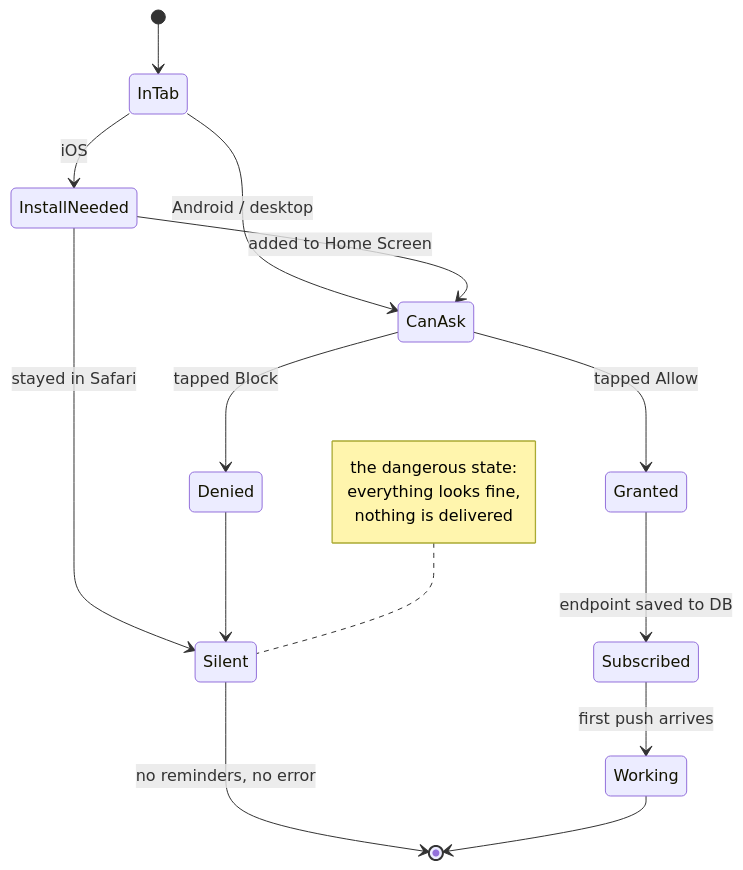
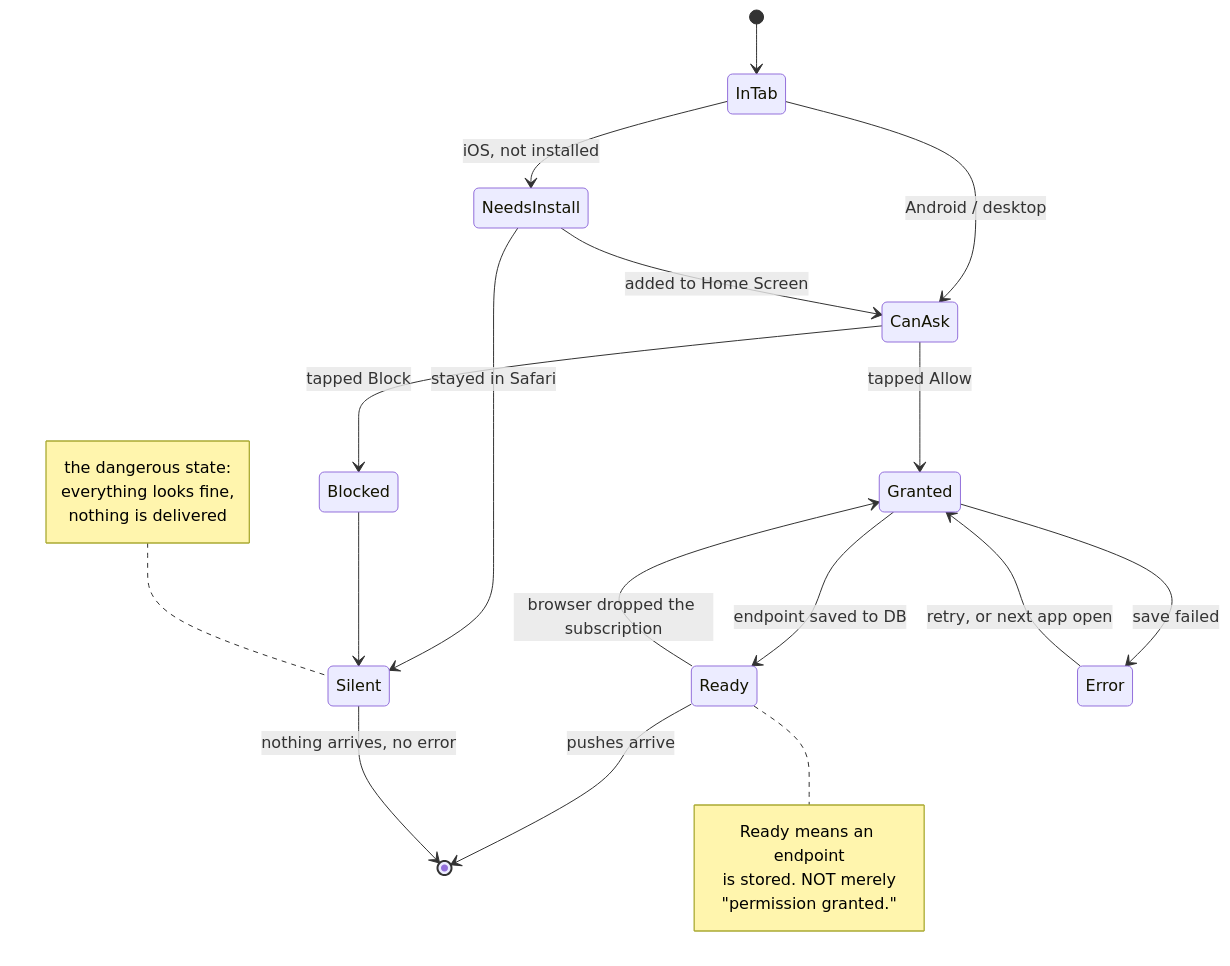
The fifth of 9 diagrams in DESIGN.md (KhaledTaymour/habit-tracker), drawn with Mermaid before and after one commit. The commit also changed other lines of this file and 6 other files, not shown here.

First line of the commit message:
fix two silent-failure paths in reminders

````diff
--- a/DESIGN.md
+++ b/DESIGN.md
@@ -430,23 +450,31 @@
 ```mermaid
 stateDiagram-v2
     [*] --> InTab
-    InTab --> InstallNeeded : iOS
+    InTab --> NeedsInstall : iOS, not installed
     InTab --> CanAsk : Android / desktop
-    InstallNeeded --> CanAsk : added to Home Screen
-    InstallNeeded --> Silent : stayed in Safari
+    NeedsInstall --> CanAsk : added to Home Screen
+    NeedsInstall --> Silent : stayed in Safari
 
     CanAsk --> Granted : tapped Allow
-    CanAsk --> Denied : tapped Block
-    Granted --> Subscribed : endpoint saved to DB
-    Subscribed --> Working : first push arrives
-    Denied --> Silent
+    CanAsk --> Blocked : tapped Block
+    Blocked --> Silent
 
-    Silent --> [*] : no reminders, no error
-    Working --> [*]
+    Granted --> Ready : endpoint saved to DB
+    Granted --> Error : save failed
+    Error --> Granted : retry, or next app open
+    Ready --> Granted : browser dropped the subscription
+
+    Ready --> [*] : pushes arrive
+    Silent --> [*] : nothing arrives, no error
 
     note left of Silent
         the dangerous state:
         everything looks fine,
         nothing is delivered
     end note
+    note right of Ready
+        Ready means an endpoint
+        is stored. NOT merely
+        "permission granted."
+    end note
 ```
````
